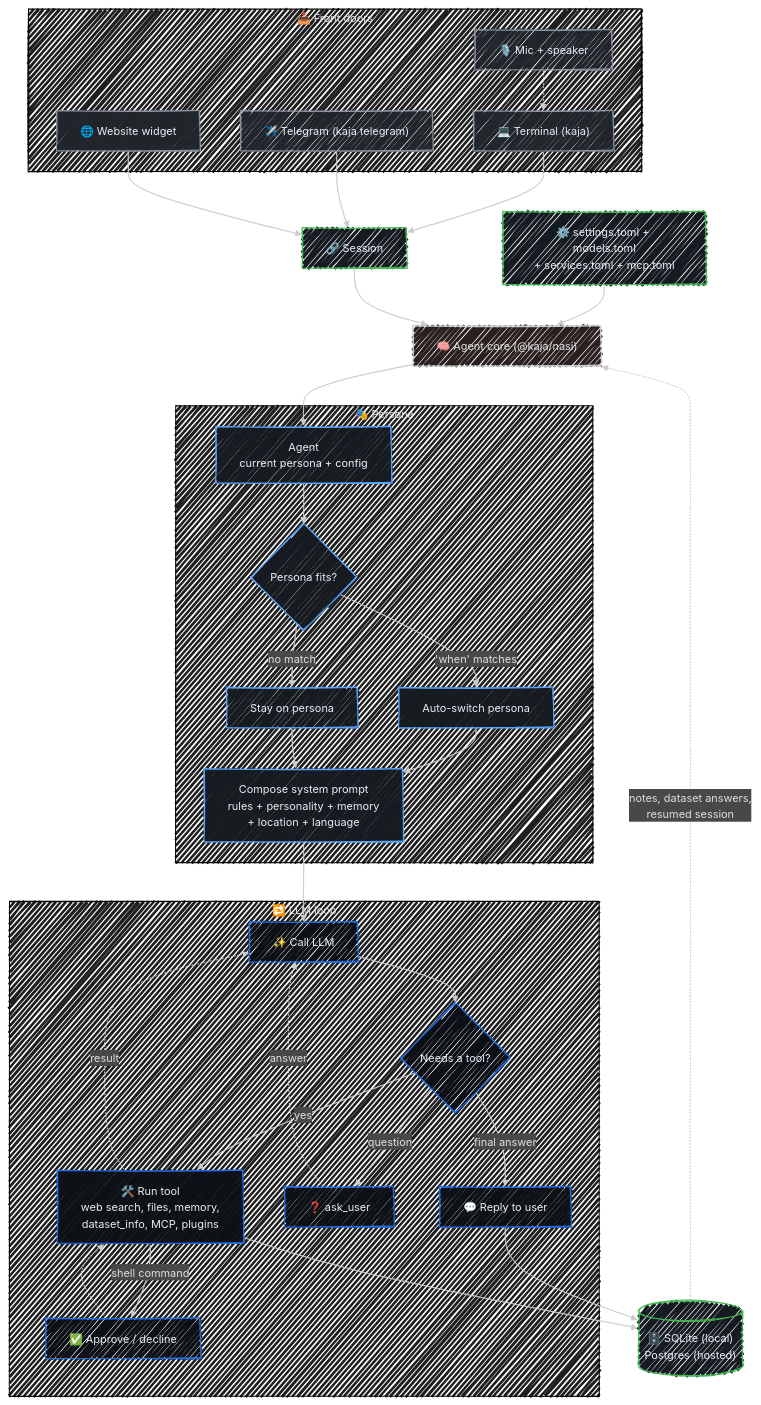
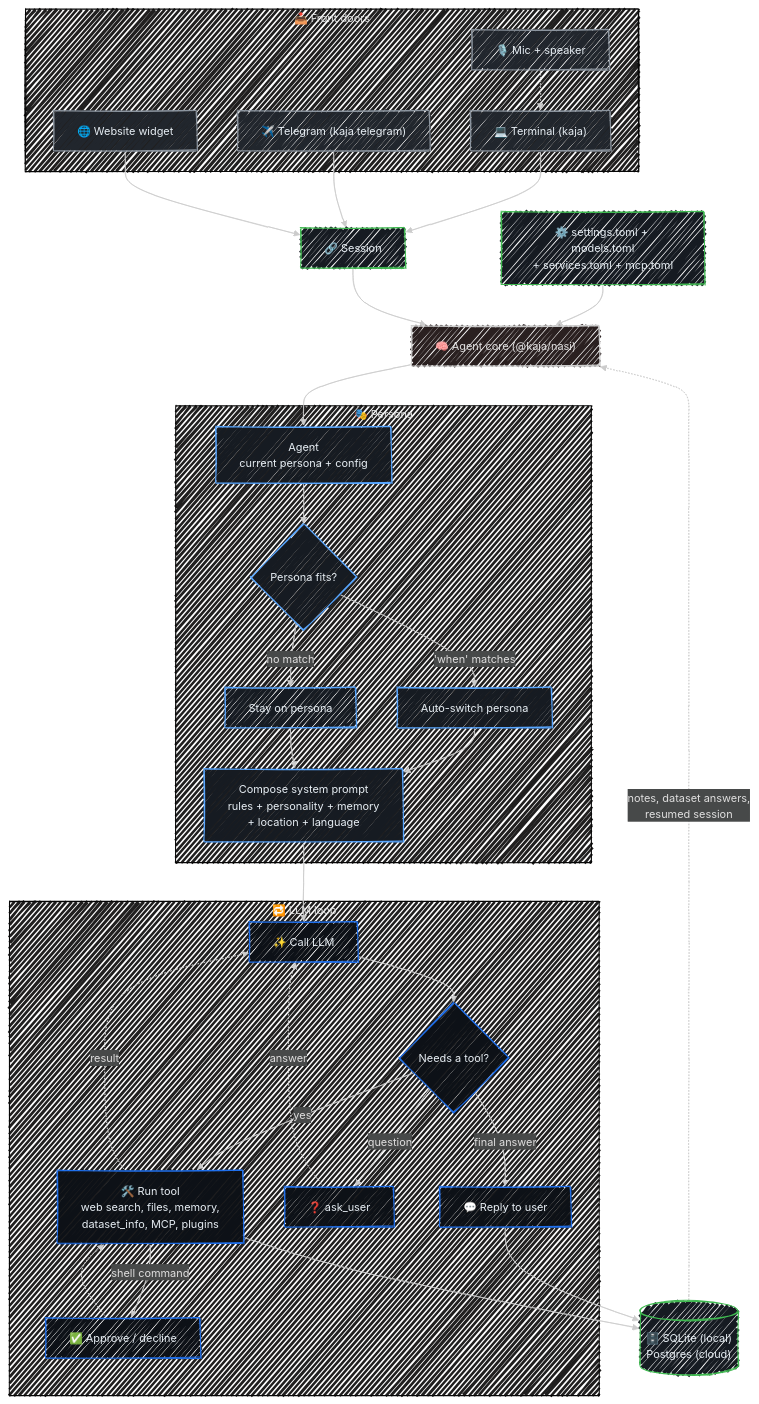
Before and after one commit to SubZtep/kaja: the diagram in docs/flow.md, drawn with Mermaid. The commit also changed other lines of this file and 74 other files, not shown here.

````diff
--- a/docs/flow.md
+++ b/docs/flow.md
@@ -12,58 +12,58 @@
 ```mermaid
 ---
 config:
   look: handDrawn
   theme: neo-dark
 ---
 flowchart TD
     subgraph Inputs["📥 Front doors"]
         Term["💻 Terminal (kaja)"]
         Tele["✈️ Telegram (kaja telegram)"]
         Widg["🌐 Website widget"]
         Voice["🎙️ Mic + speaker"]
     end
     Voice -.-> Term
     Term --> Session
     Tele --> Session
     Widg --> Session
     Config["⚙️ settings.toml + models.toml\n+ services.toml + mcp.toml"] --> Core
 
     Session["🔗 Session"] --> Core
     Core["🧠 Agent core (@kaja/nasi)"] --> Agent
 
     subgraph Persona["🎭 Persona"]
         Agent["Agent\ncurrent persona + config"] --> Route{"Persona fits?"}
         Route -->|"'when' matches"| Switch["Auto-switch persona"]
         Route -->|"no match"| Stay["Stay on persona"]
         Switch --> Prompt
         Stay --> Prompt
         Prompt["Compose system prompt\nrules + personality + memory\n+ location + language"]
     end
 
     Prompt --> CallLLM
 
     subgraph LLMLoop["🔁 LLM loop"]
         CallLLM["✨ Call LLM"] --> Decide{"Needs a tool?"}
         Decide -->|yes| RunTool["🛠️ Run tool\nweb search, files, memory,\ndataset_info, MCP, plugins"]
         RunTool -->|"shell command"| Confirm["✅ Approve / decline"]
         Confirm -.-> RunTool
         RunTool -.->|"result"| CallLLM
         Decide -->|"question"| Ask["❓ ask_user"]
         Ask -.->|"answer"| CallLLM
         Decide -->|"final answer"| Reply["💬 Reply to user"]
     end
 
     Reply --> DB
     RunTool --> DB
-    DB[("🗄️ SQLite (local)\nPostgres (hosted)")]
+    DB[("🗄️ SQLite (local)\nPostgres (cloud)")]
     DB -.->|"notes, dataset answers,\nresumed session"| Core
 
     classDef inputs fill:#21262d,stroke:#8b949e,color:#e6edf3
     classDef persona fill:#161b22,stroke:#58a6ff,color:#e6edf3
     classDef loop fill:#0d1117,stroke:#1f6feb,color:#e6edf3
     classDef store fill:#161b22,stroke:#3fb950,color:#e6edf3
     class Term,Tele,Widg,Voice inputs
     class Agent,Route,Switch,Stay,Prompt persona
     class CallLLM,Decide,RunTool,Confirm,Ask,Reply loop
     class DB,Config,Session store
 ```
````
